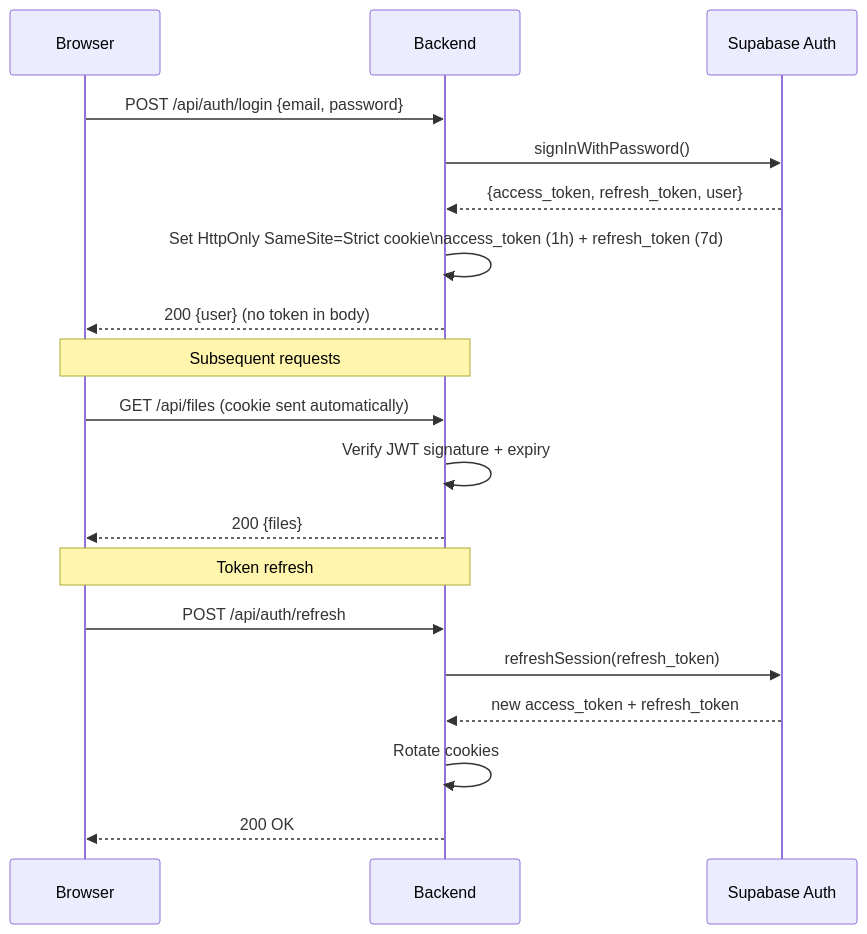
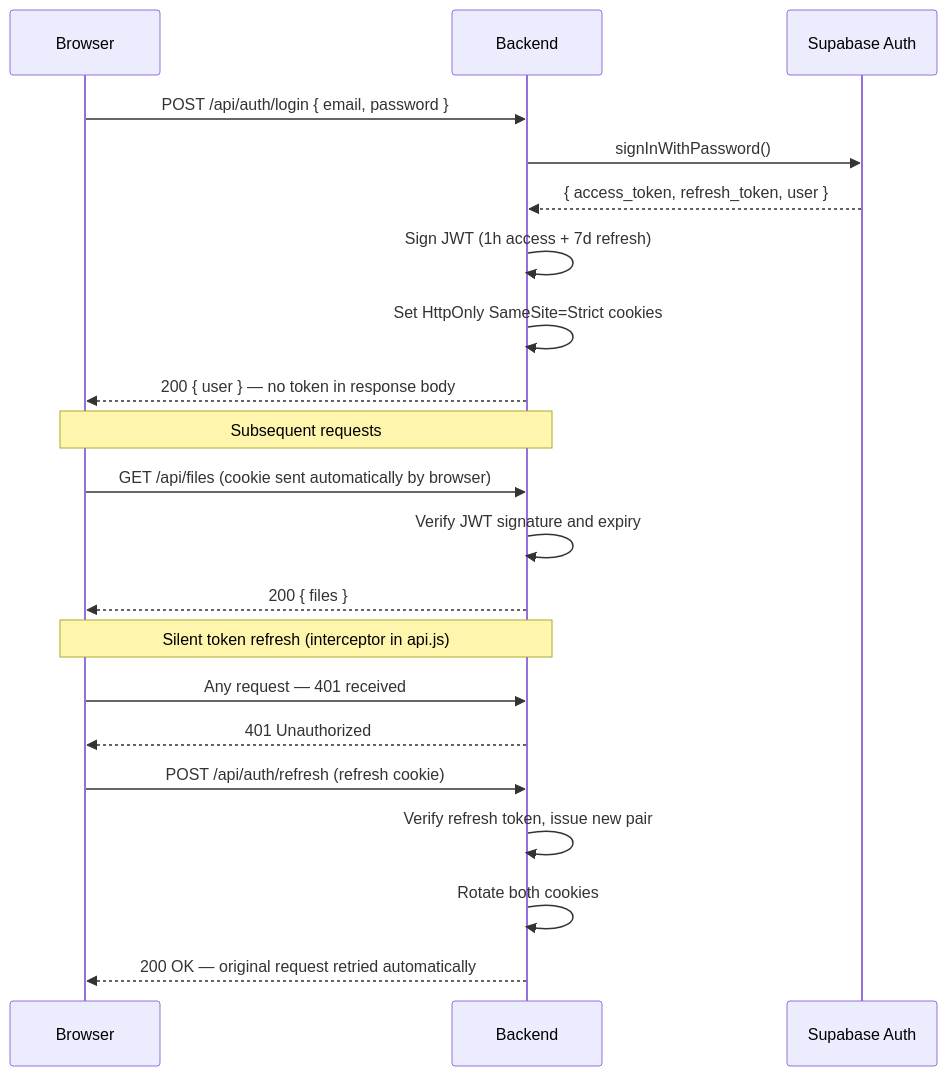
Diagram 13 of 13 in README.md (securitywithhem/vaultiq), drawn with Mermaid before and after one commit. The commit also changed other lines of this file, not shown here.

````diff
--- a/README.md
+++ b/README.md
@@ -498,24 +582,26 @@
 ```mermaid
 sequenceDiagram
     participant U as Browser
     participant B as Backend
     participant S as Supabase Auth
 
-    U->>B: POST /api/auth/login {email, password}
+    U->>B: POST /api/auth/login { email, password }
     B->>S: signInWithPassword()
-    S-->>B: {access_token, refresh_token, user}
-    B->>B: Set HttpOnly SameSite=Strict cookie\naccess_token (1h) + refresh_token (7d)
-    B-->>U: 200 {user}  (no token in body)
+    S-->>B: { access_token, refresh_token, user }
+    B->>B: Sign JWT (1h access + 7d refresh)
+    B->>B: Set HttpOnly SameSite=Strict cookies
+    B-->>U: 200 { user } — no token in response body
 
     Note over U,B: Subsequent requests
-    U->>B: GET /api/files  (cookie sent automatically)
-    B->>B: Verify JWT signature + expiry
-    B-->>U: 200 {files}
+    U->>B: GET /api/files (cookie sent automatically by browser)
+    B->>B: Verify JWT signature and expiry
+    B-->>U: 200 { files }
 
-    Note over U,B: Token refresh
-    U->>B: POST /api/auth/refresh
-    B->>S: refreshSession(refresh_token)
-    S-->>B: new access_token + refresh_token
-    B->>B: Rotate cookies
-    B-->>U: 200 OK
+    Note over U,B: Silent token refresh (interceptor in api.js)
+    U->>B: Any request — 401 received
+    B-->>U: 401 Unauthorized
+    U->>B: POST /api/auth/refresh (refresh cookie)
+    B->>B: Verify refresh token, issue new pair
+    B->>B: Rotate both cookies
+    B-->>U: 200 OK — original request retried automatically
 ```
````
